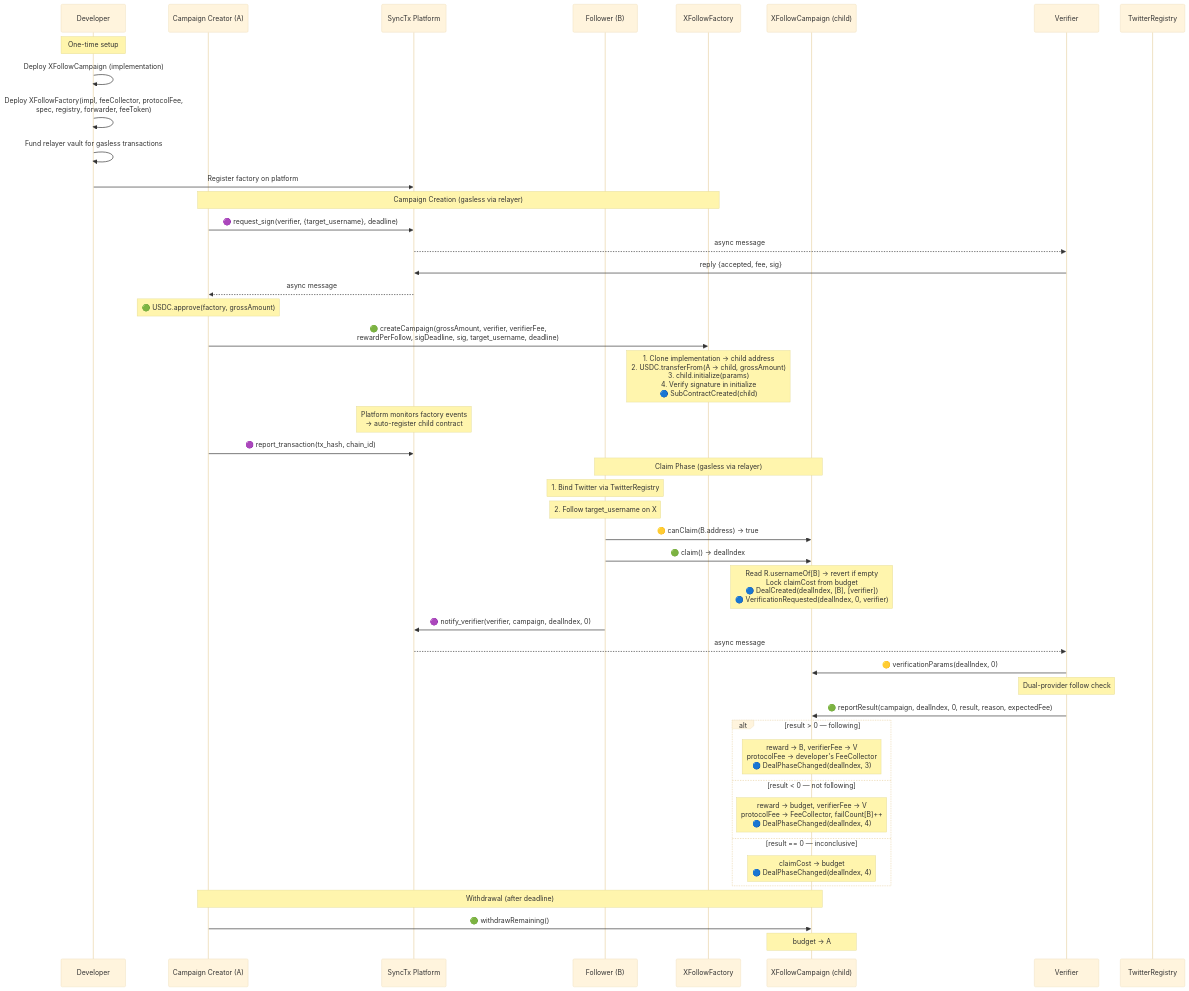
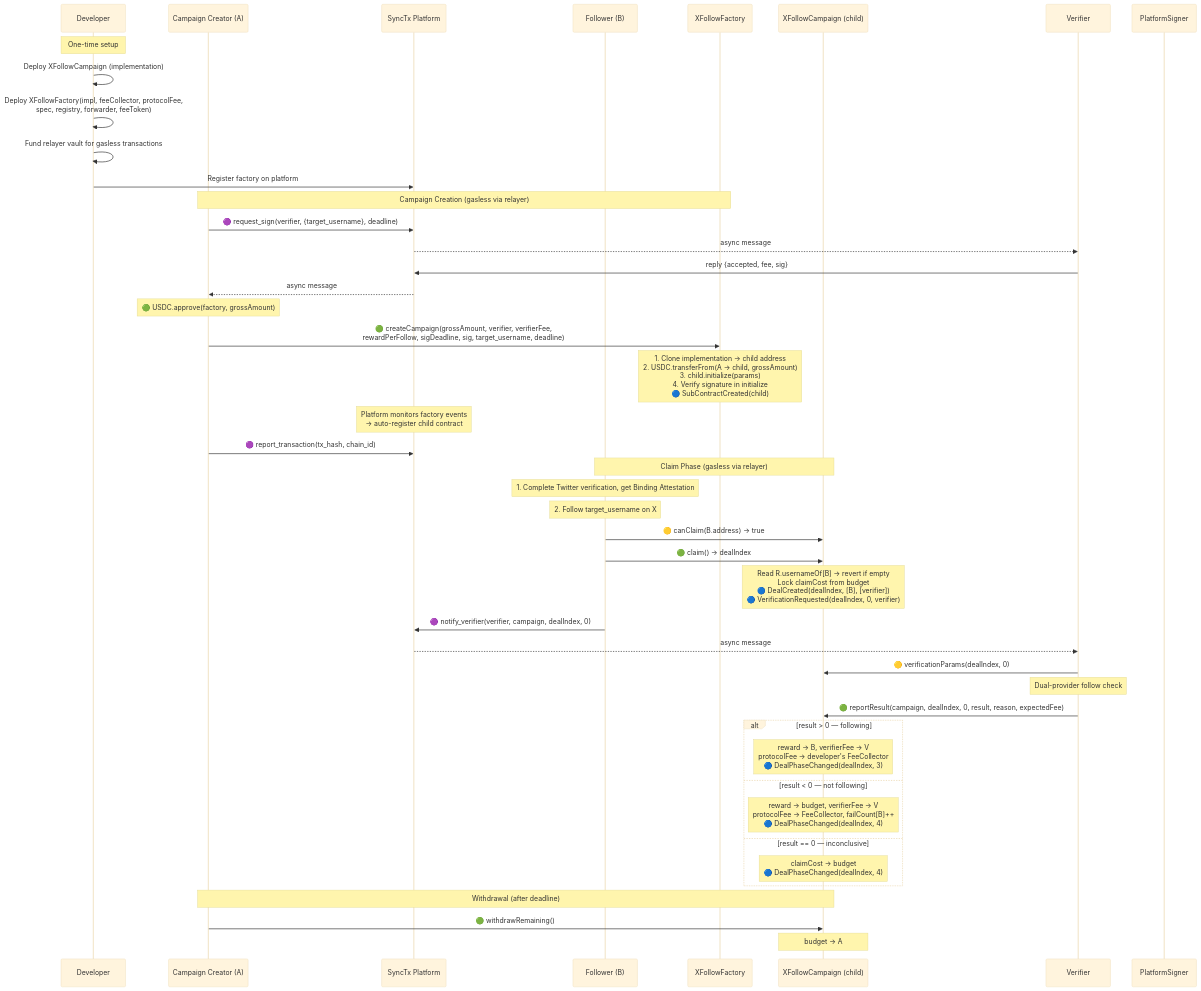
One commit to synctxai/synctx changed the first of 2 diagrams in examples/x-follow/x-follow-design.md. Above: the diagram before and after it, drawn with Mermaid (base theme). The commit also changed other lines of this file and 7 other files, not shown here.

First line of the commit message:
replace TwitterRegistry with BindingAttestation contract

````diff
--- a/examples/x-follow/x-follow-design.md
+++ b/examples/x-follow/x-follow-design.md
@@ -218,58 +218,58 @@
 ```mermaid
 sequenceDiagram
     participant Dev as Developer
     participant A as Campaign Creator (A)
     participant P as SyncTx Platform
     participant B as Follower (B)
     participant Fac as XFollowFactory
     participant C as XFollowCampaign (child)
     participant V as Verifier
-    participant R as TwitterRegistry
+    participant PS as PlatformSigner
 
     Note over Dev: One-time setup
     Dev->>Dev: Deploy XFollowCampaign (implementation)
     Dev->>Dev: Deploy XFollowFactory(impl, feeCollector, protocolFee,<br/>spec, registry, forwarder, feeToken)
     Dev->>Dev: Fund relayer vault for gasless transactions
     Dev->>P: Register factory on platform
 
     Note over A,Fac: Campaign Creation (gasless via relayer)
 
     A->>P: 🟣 request_sign(verifier, {target_username}, deadline)
     P-->>V: async message
     V->>P: reply {accepted, fee, sig}
     P-->>A: async message
 
     Note over A: 🟢 USDC.approve(factory, grossAmount)
     A->>Fac: 🟢 createCampaign(grossAmount, verifier, verifierFee,<br/>rewardPerFollow, sigDeadline, sig, target_username, deadline)
     Note over Fac: 1. Clone implementation → child address<br/>2. USDC.transferFrom(A → child, grossAmount)<br/>3. child.initialize(params)<br/>4. Verify signature in initialize<br/>🔵 SubContractCreated(child)
     Note over P: Platform monitors factory events<br/>→ auto-register child contract
     A->>P: 🟣 report_transaction(tx_hash, chain_id)
 
     Note over B,C: Claim Phase (gasless via relayer)
 
-    Note over B: 1. Bind Twitter via TwitterRegistry
+    Note over B: 1. Complete Twitter verification, get Binding Attestation
     Note over B: 2. Follow target_username on X
     B->>C: 🟡 canClaim(B.address) → true
     B->>C: 🟢 claim() → dealIndex
     Note over C: Read R.usernameOf[B] → revert if empty<br/>Lock claimCost from budget<br/>🔵 DealCreated(dealIndex, [B], [verifier])<br/>🔵 VerificationRequested(dealIndex, 0, verifier)
     B->>P: 🟣 notify_verifier(verifier, campaign, dealIndex, 0)
     P-->>V: async message
 
     V->>C: 🟡 verificationParams(dealIndex, 0)
     Note over V: Dual-provider follow check
 
     V->>C: 🟢 reportResult(campaign, dealIndex, 0, result, reason, expectedFee)
 
     alt result > 0 — following
         Note over C: reward → B, verifierFee → V<br/>protocolFee → developer's FeeCollector<br/>🔵 DealPhaseChanged(dealIndex, 3)
     else result < 0 — not following
         Note over C: reward → budget, verifierFee → V<br/>protocolFee → FeeCollector, failCount[B]++<br/>🔵 DealPhaseChanged(dealIndex, 4)
     else result == 0 — inconclusive
         Note over C: claimCost → budget<br/>🔵 DealPhaseChanged(dealIndex, 4)
     end
 
     Note over A,C: Withdrawal (after deadline)
 
     A->>C: 🟢 withdrawRemaining()
     Note over C: budget → A
 ```
````
